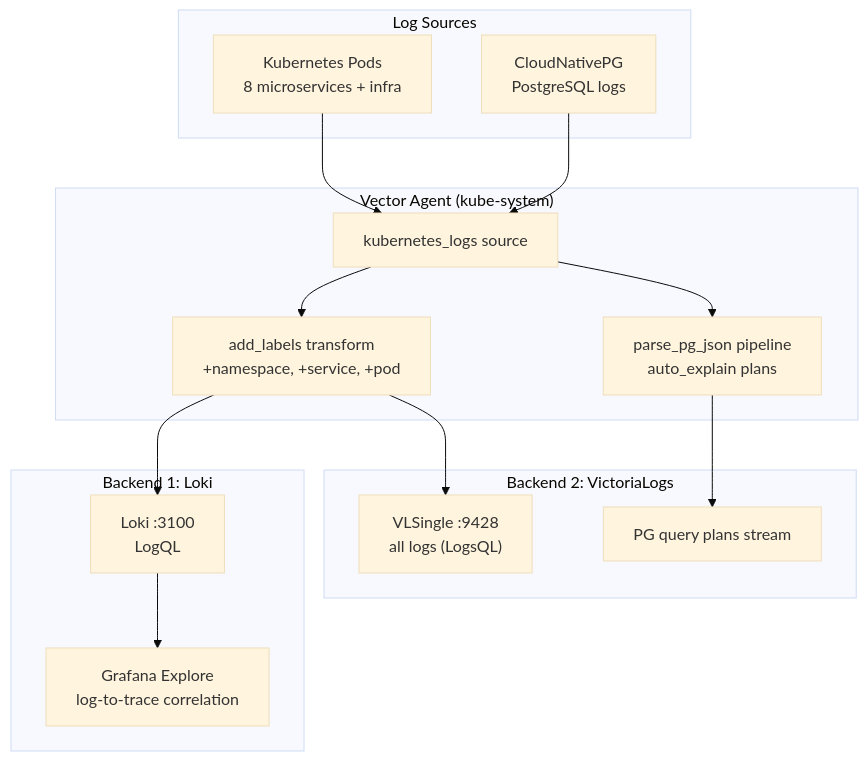
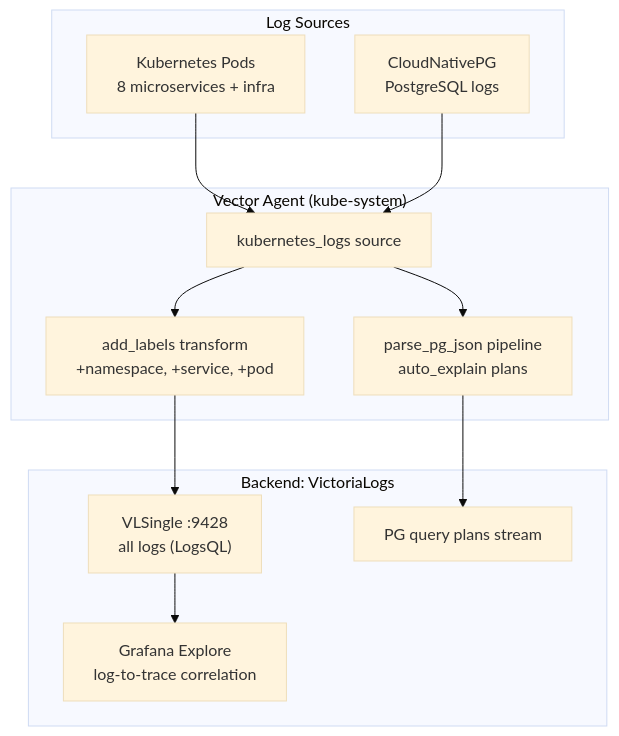
One commit to duynhlab/homelab changed the diagram in docs/observability/logging/README.md. Above: the diagram before and after it, drawn with Mermaid (base theme). The commit also changed other lines of this file and 11 other files, not shown here.

````diff
--- a/docs/observability/logging/README.md
+++ b/docs/observability/logging/README.md
@@ -37,32 +35,27 @@
 ```mermaid
 flowchart TD
     subgraph sources ["Log Sources"]
         Pods["Kubernetes Pods\n8 microservices + infra"]
         CNPG["CloudNativePG\nPostgreSQL logs"]
     end
 
     subgraph vector ["Vector Agent (kube-system)"]
         KLogs["kubernetes_logs source"]
         AddLabels["add_labels transform\n+namespace, +service, +pod"]
         ParsePG["parse_pg_json pipeline\nauto_explain plans"]
     end
 
-    subgraph loki ["Backend 1: Loki"]
-        LokiStore["Loki :3100\nLogQL"]
-        GrafanaExplore["Grafana Explore\nlog-to-trace correlation"]
-    end
-
-    subgraph vlogs ["Backend 2: VictoriaLogs"]
+    subgraph vlogs ["Backend: VictoriaLogs"]
         VLAll["VLSingle :9428\nall logs (LogsQL)"]
         VLPlans["PG query plans stream"]
+        GrafanaExplore["Grafana Explore\nlog-to-trace correlation"]
     end
 
     Pods --> KLogs
     CNPG --> KLogs
     KLogs --> AddLabels
     KLogs --> ParsePG
-    AddLabels --> LokiStore
     AddLabels --> VLAll
     ParsePG --> VLPlans
-    LokiStore --> GrafanaExplore
+    VLAll --> GrafanaExplore
 ```
````
